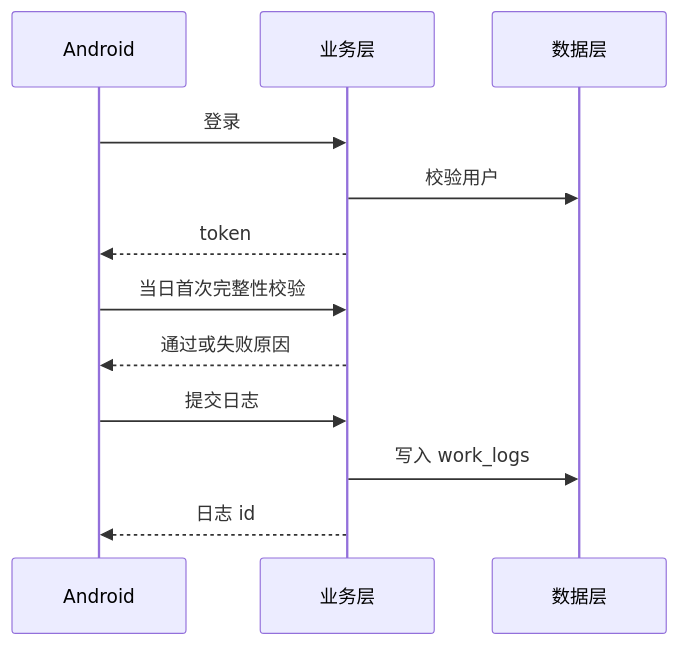
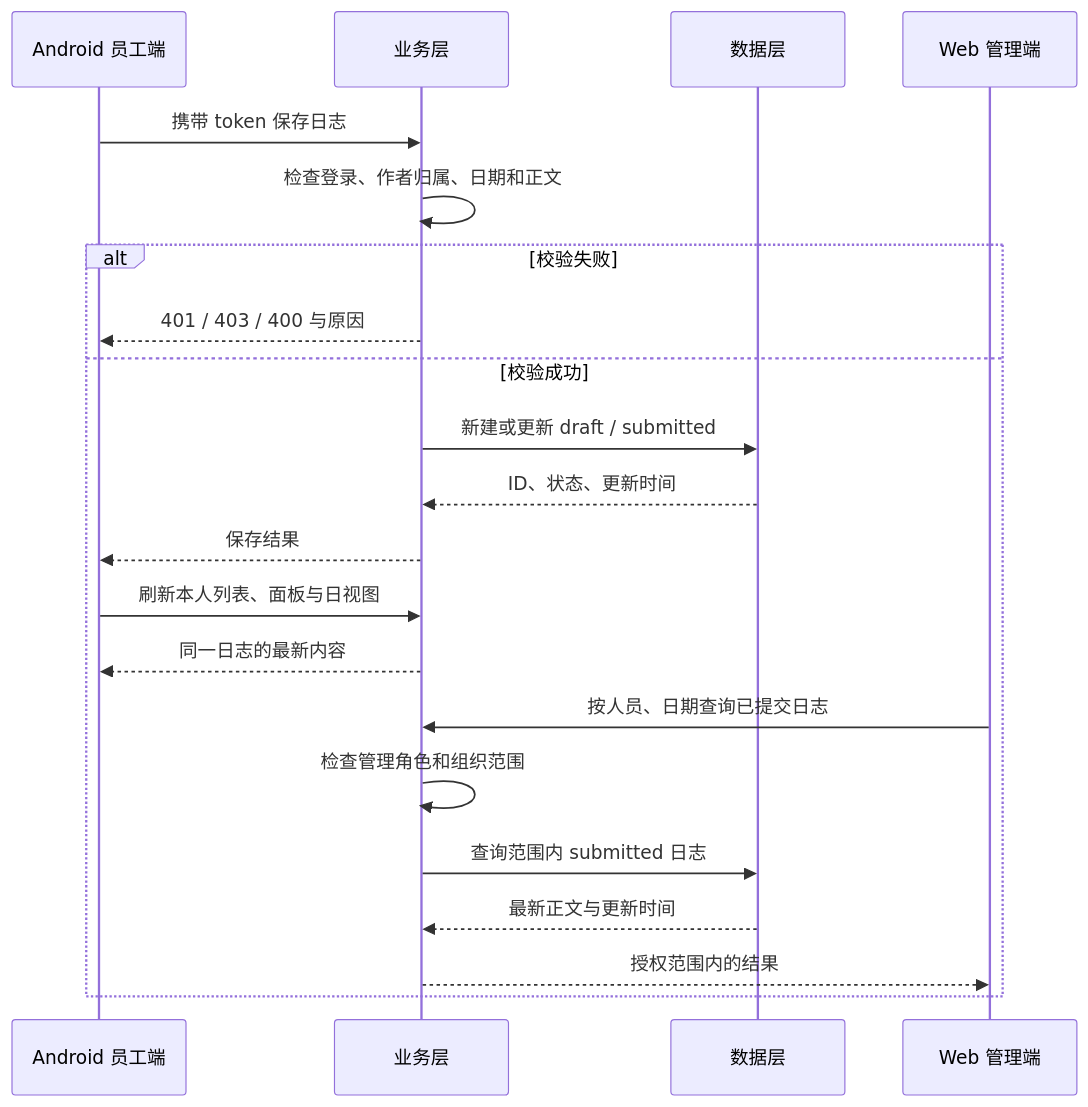
One commit to zayinO-00-01/project-pandora changed the third of 3 diagrams in docs/产品需求与设计-初版.md. Above: the diagram before and after it, drawn with Mermaid. The commit also changed other lines of this file and 5 other files, not shown here.

````diff
--- a/docs/产品需求与设计-初版.md
+++ b/docs/产品需求与设计-初版.md
@@ -273,14 +302,23 @@
 ```mermaid
 sequenceDiagram
-  participant App as Android
+  participant App as Android 员工端
   participant API as 业务层
   participant DB as 数据层
-  App->>API: 登录
-  API->>DB: 校验用户
-  API-->>App: token
-  App->>API: 当日首次完整性校验
-  API-->>App: 通过或失败原因
-  App->>API: 提交日志
-  API->>DB: 写入 work_logs
-  API-->>App: 日志 id
+  participant Web as Web 管理端
+  App->>API: 携带 token 保存日志
+  API->>API: 检查登录、作者归属、日期和正文
+  alt 校验失败
+    API-->>App: 401 / 403 / 400 与原因
+  else 校验成功
+    API->>DB: 新建或更新 draft / submitted
+    DB-->>API: ID、状态、更新时间
+    API-->>App: 保存结果
+    App->>API: 刷新本人列表、面板与日视图
+    API-->>App: 同一日志的最新内容
+    Web->>API: 按人员、日期查询已提交日志
+    API->>API: 检查管理角色和组织范围
+    API->>DB: 查询范围内 submitted 日志
+    DB-->>API: 最新正文与更新时间
+    API-->>Web: 授权范围内的结果
+  end
 ```
````
